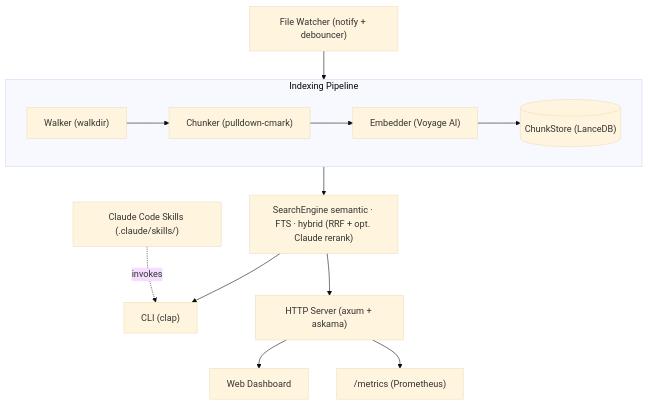
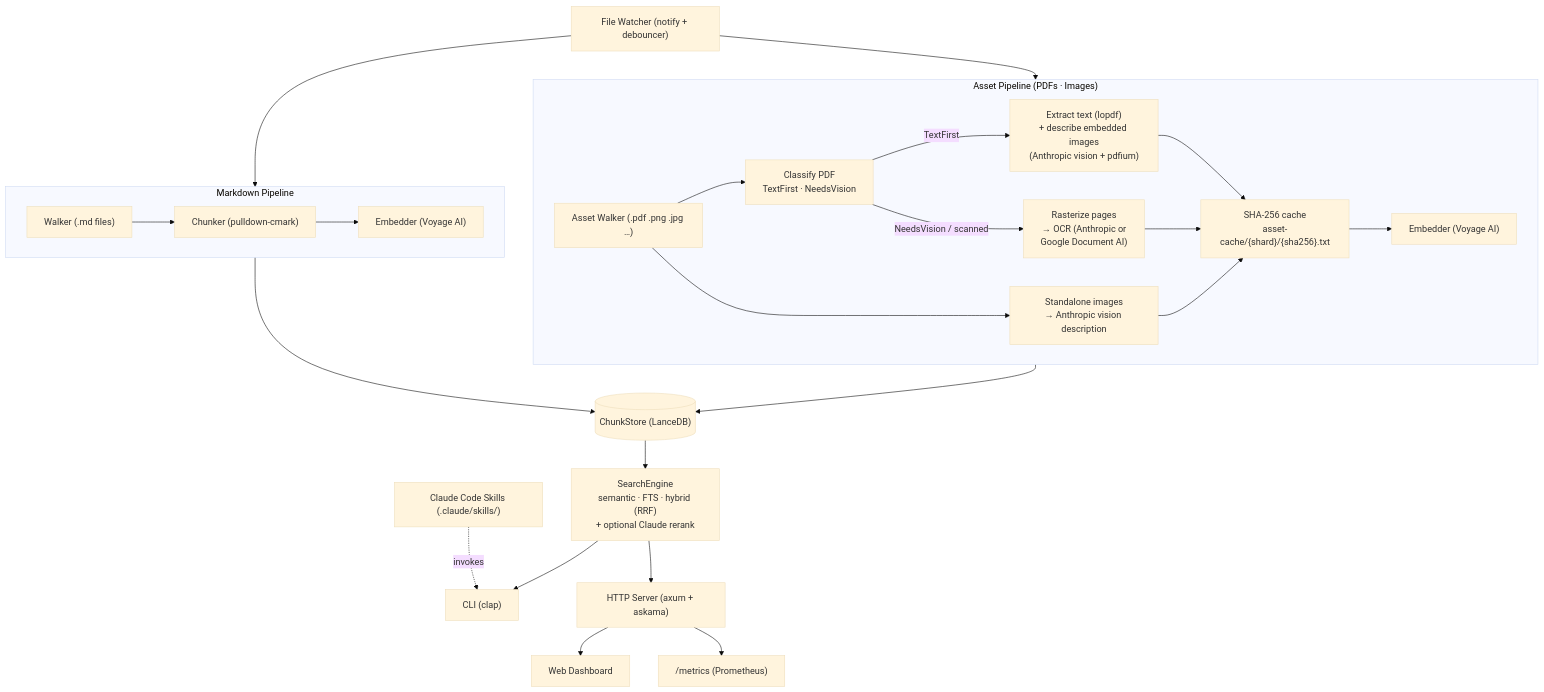
One commit to mstump/local-index changed the first of 2 diagrams in README.md. Above: the diagram before and after it, drawn with Mermaid (base theme). The commit also changed other lines of this file and 1 other file, not shown here.

First line of the commit message:
docs: update README to highlight semantic extraction and PDF OCR pipeline

````diff
--- a/README.md
+++ b/README.md
@@ -17,17 +17,30 @@
 ```mermaid
 flowchart TD
     FW["File Watcher (notify + debouncer)"]
 
-    subgraph Pipeline["Indexing Pipeline"]
+    subgraph MDPipeline["Markdown Pipeline"]
         direction LR
-        W["Walker (walkdir)"] --> C["Chunker (pulldown-cmark)"] --> E["Embedder (Voyage AI)"] --> CS[("ChunkStore (LanceDB)")]
+        W["Walker (.md files)"] --> C["Chunker (pulldown-cmark)"] --> E["Embedder (Voyage AI)"]
+    end
+
+    subgraph AssetPipeline["Asset Pipeline (PDFs · Images)"]
+        direction LR
+        AW["Asset Walker (.pdf .png .jpg …)"] --> CL["Classify PDF\nTextFirst · NeedsVision"]
+        CL -->|TextFirst| TF["Extract text (lopdf)\n+ describe embedded images\n(Anthropic vision + pdfium)"]
+        CL -->|NeedsVision / scanned| OCR["Rasterize pages\n→ OCR (Anthropic or\nGoogle Document AI)"]
+        AW --> IMG["Standalone images\n→ Anthropic vision description"]
+        TF & OCR & IMG --> CACHE["SHA-256 cache\nasset-cache/{shard}/{sha256}.txt"]
+        CACHE --> E2["Embedder (Voyage AI)"]
     end
 
     FW --> W
-    CS --> SE["SearchEngine semantic · FTS · hybrid (RRF + opt. Claude rerank)"]
+    FW --> AW
+    E --> CS[("ChunkStore (LanceDB)")]
+    E2 --> CS
+    CS --> SE["SearchEngine\nsemantic · FTS · hybrid (RRF)\n+ optional Claude rerank"]
     SE --> CLI["CLI (clap)"]
     SE --> HTTP["HTTP Server (axum + askama)"]
     HTTP --> WD["Web Dashboard"]
     HTTP --> PM["/metrics (Prometheus)"]
     CCS["Claude Code Skills (.claude/skills/)"] -. invokes .-> CLI
 ```
````
